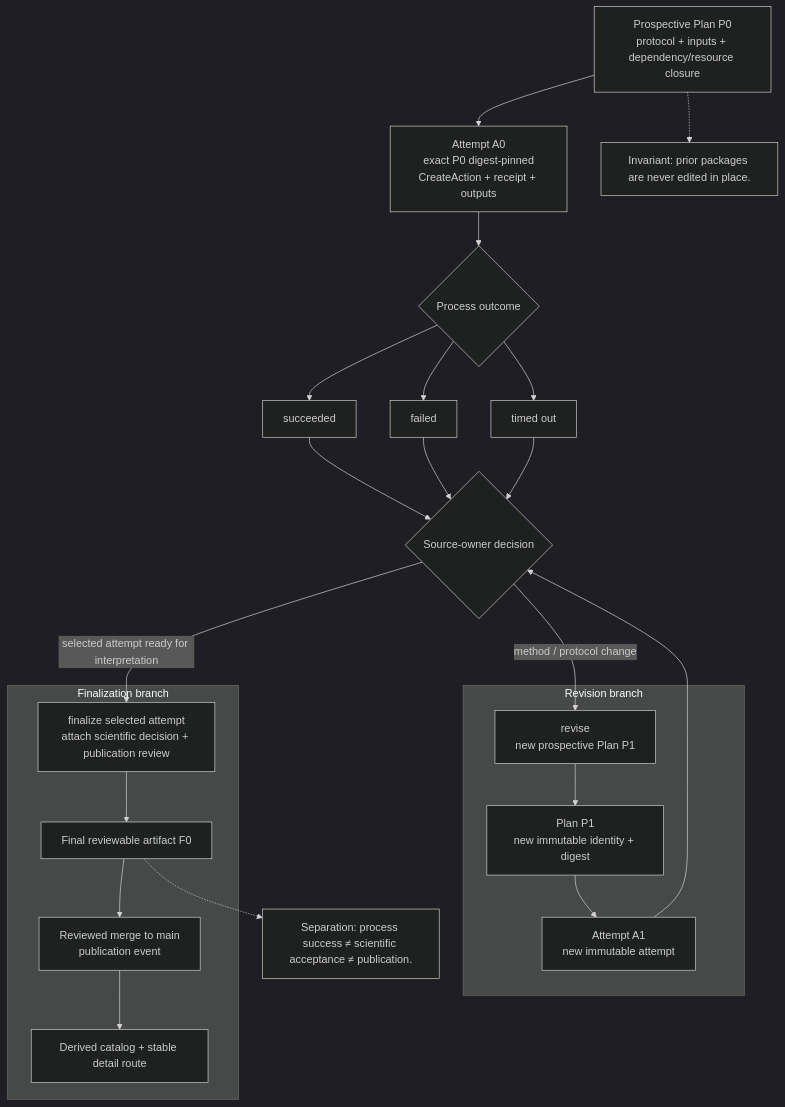
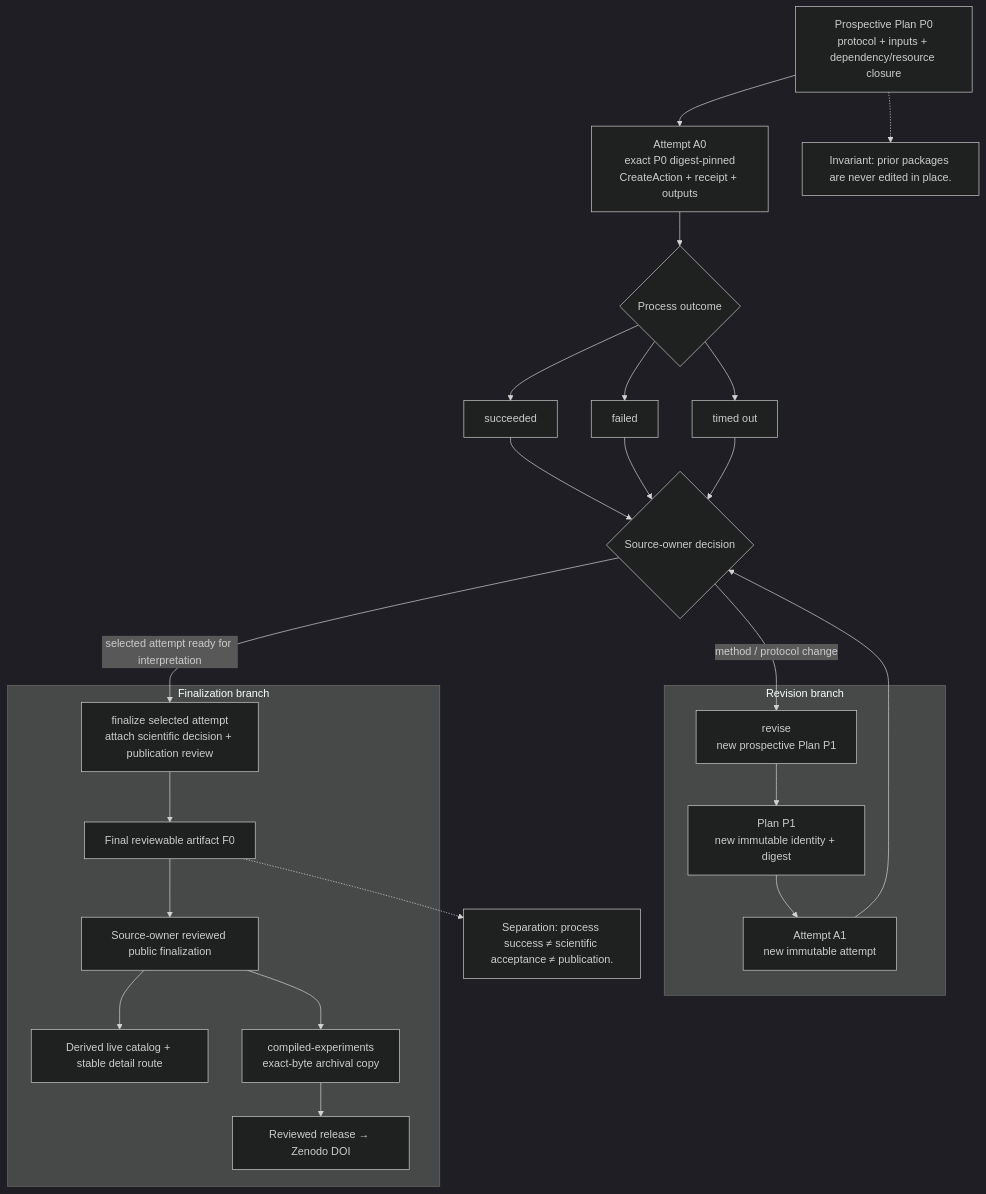
The second of 5 diagrams in docs/architecture.md (pH34r-pH/experiment-compiler), drawn with Mermaid (dark theme) before and after one commit. The commit also changed other lines of this file, not shown here.

Commit message:
docs: add compiled-experiments archival layer to architecture

````diff
--- a/docs/architecture.md
+++ b/docs/architecture.md
@@ -71,39 +77,42 @@
 ```mermaid
 flowchart TB
   P0["Prospective Plan P0<br/>protocol + inputs + dependency/resource closure"]
   A0["Attempt A0<br/>exact P0 digest-pinned<br/>CreateAction + receipt + outputs"]
   OUT{"Process outcome"}
   OK["succeeded"]
   FAIL["failed"]
   TIME["timed out"]
   CHOOSE{"Source-owner decision"}
 
   P0 --> A0 --> OUT
   OUT --> OK --> CHOOSE
   OUT --> FAIL --> CHOOSE
   OUT --> TIME --> CHOOSE
 
   subgraph ITERATE["Revision branch"]
     REV["revise<br/>new prospective Plan P1"]
     P1["Plan P1<br/>new immutable identity + digest"]
     A1["Attempt A1<br/>new immutable attempt"]
     REV --> P1 --> A1
   end
 
   subgraph CLOSE["Finalization branch"]
     FIN["finalize selected attempt<br/>attach scientific decision + publication review"]
     F0["Final reviewable artifact F0"]
-    PUB["Reviewed merge to main<br/>publication event"]
-    CAT["Derived catalog + stable detail route"]
+    PUB["Source-owner reviewed public finalization"]
+    CAT["Derived live catalog + stable detail route"]
+    ARC["compiled-experiments<br/>exact-byte archival copy"]
+    REL["Reviewed release → Zenodo DOI"]
     FIN --> F0 --> PUB --> CAT
+    PUB --> ARC --> REL
   end
 
   CHOOSE -->|"method / protocol change"| REV
   A1 --> CHOOSE
   CHOOSE -->|"selected attempt ready for interpretation"| FIN
 
   I["Invariant: prior packages are never edited in place."]
   S["Separation: process success ≠ scientific acceptance ≠ publication."]
   P0 -.-> I
   F0 -.-> S
 ```
````
